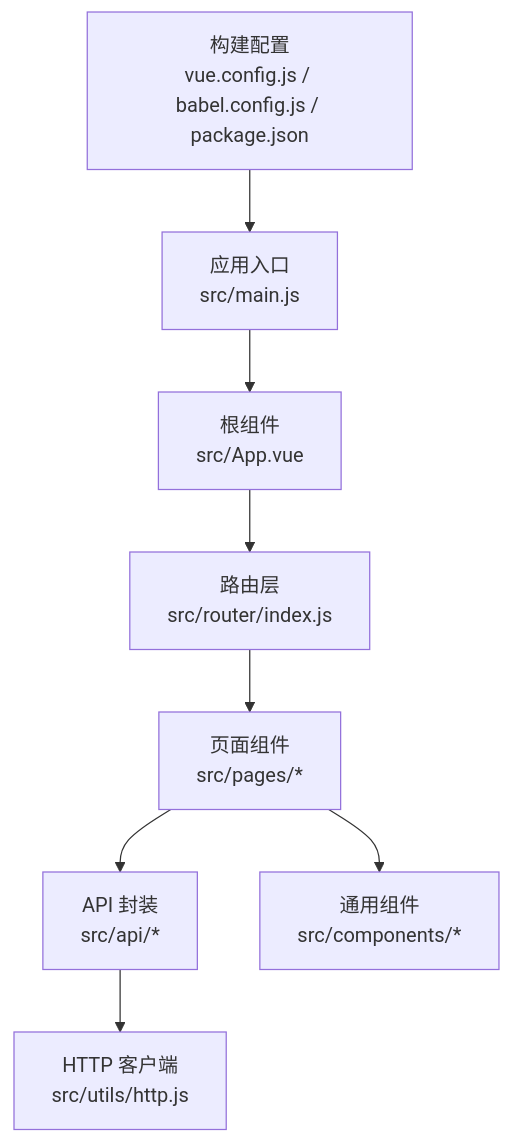
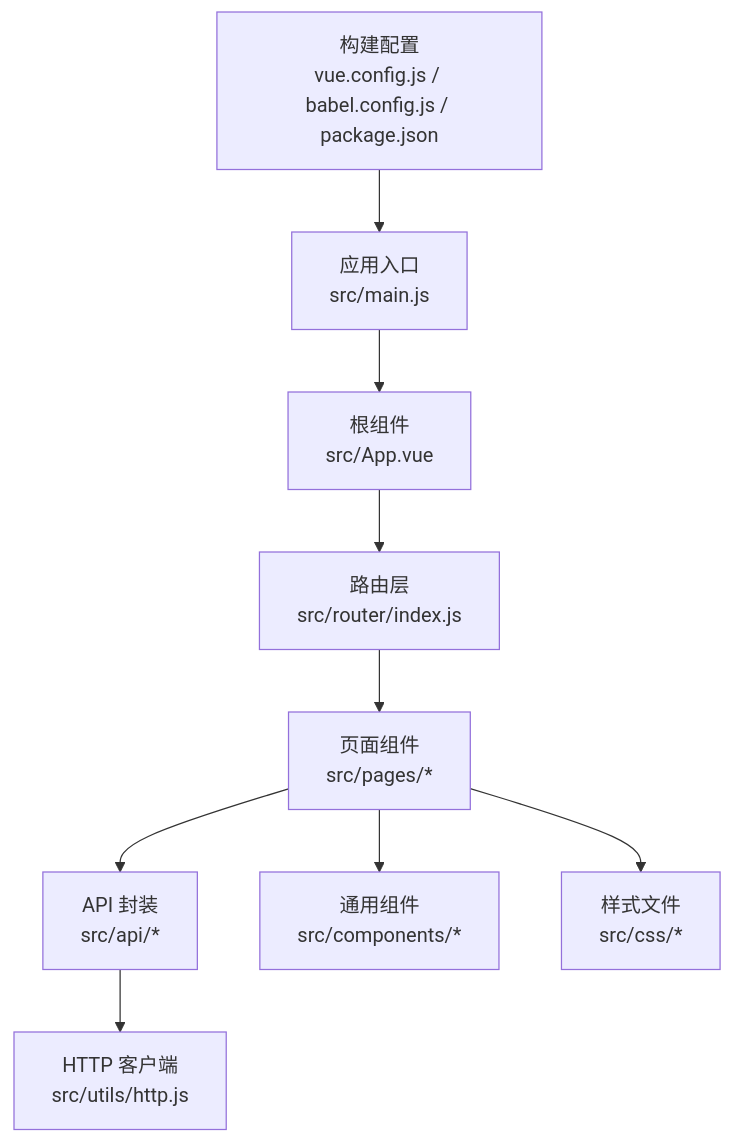
Before and after one commit to junkai-li/NetCoreKevin: the first of 8 diagrams in .qoder/repowiki/zh/content/前端架构/前端架构.md, drawn with Mermaid. The commit also changed other lines of this file and 45 other files, not shown here.

````diff
--- a/.qoder/repowiki/zh/content/前端架构/前端架构.md
+++ b/.qoder/repowiki/zh/content/前端架构/前端架构.md
@@ -64,10 +72,11 @@
 ```mermaid
 graph TB
 A["应用入口<br/>src/main.js"] --> B["根组件<br/>src/App.vue"]
 B --> C["路由层<br/>src/router/index.js"]
 C --> D["页面组件<br/>src/pages/*"]
 D --> E["API 封装<br/>src/api/*"]
 E --> F["HTTP 客户端<br/>src/utils/http.js"]
 D --> G["通用组件<br/>src/components/*"]
-H["构建配置<br/>vue.config.js / babel.config.js / package.json"] --> A
+D --> H["样式文件<br/>src/css/*"]
+I["构建配置<br/>vue.config.js / babel.config.js / package.json"] --> A
 ```
````
